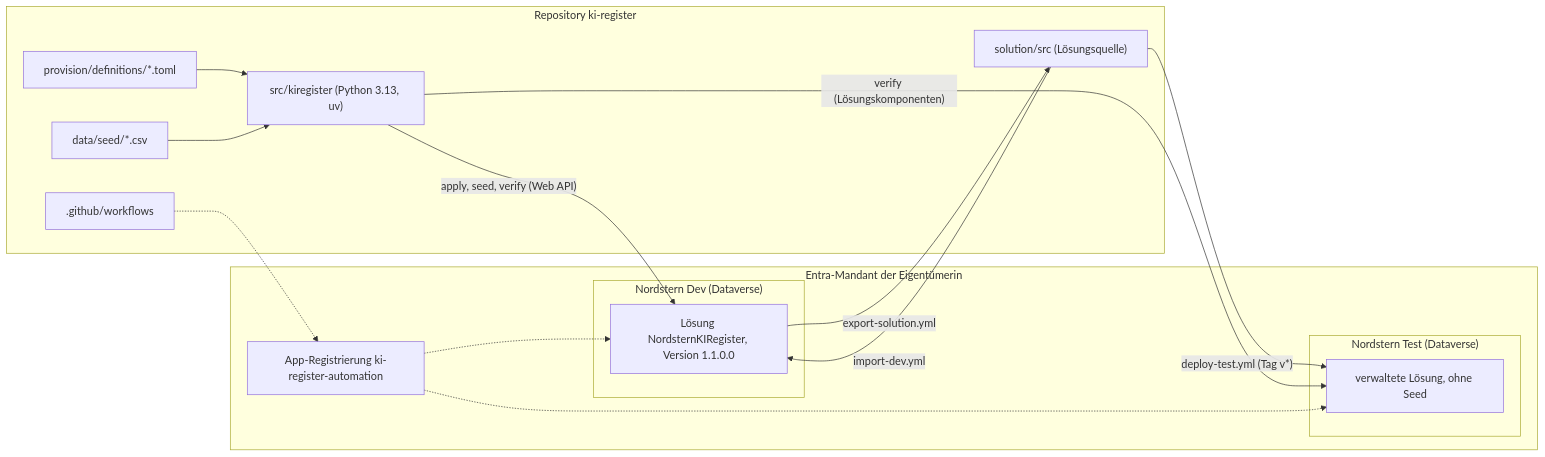
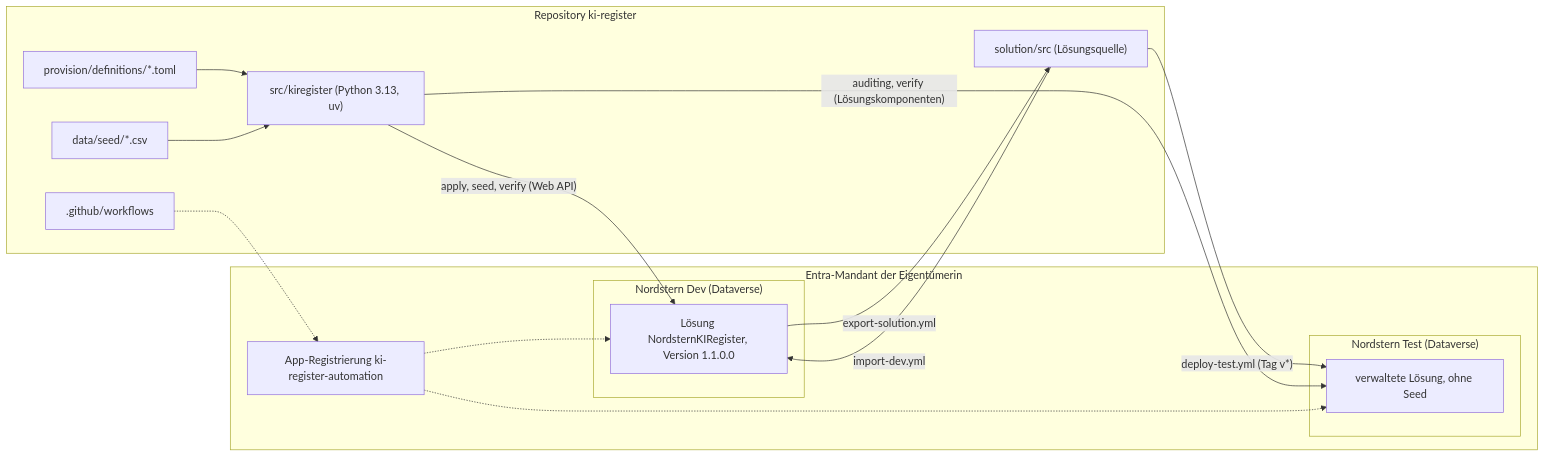
The diagram in README.md (HARISPAARTAN/ki-register), drawn with Mermaid before and after one commit. The commit also changed other lines of this file and 11 other files, not shown here.

````diff
--- a/README.md
+++ b/README.md
@@ -15,29 +15,29 @@
 ```mermaid
 flowchart LR
     subgraph Repo["Repository ki-register"]
         defs["provision/definitions/*.toml"]
         pkg["src/kiregister (Python 3.13, uv)"]
         seed["data/seed/*.csv"]
         src["solution/src (Lösungsquelle)"]
         wf[".github/workflows"]
     end
     subgraph Tenant["Entra-Mandant der Eigentümerin"]
         sp["App-Registrierung ki-register-automation"]
         subgraph Dev["Nordstern Dev (Dataverse)"]
             devsol["Lösung NordsternKIRegister, Version 1.1.0.0"]
         end
         subgraph Test["Nordstern Test (Dataverse)"]
             testsol["verwaltete Lösung, ohne Seed"]
         end
     end
     defs --> pkg
     seed --> pkg
     pkg -->|"apply, seed, verify (Web API)"| devsol
     devsol -->|"export-solution.yml"| src
     src -->|"import-dev.yml"| devsol
     src -->|"deploy-test.yml (Tag v*)"| testsol
-    pkg -->|"verify (Lösungskomponenten)"| testsol
+    pkg -->|"auditing, verify (Lösungskomponenten)"| testsol
     wf -.-> sp
     sp -.-> devsol
     sp -.-> testsol
 ```
````
